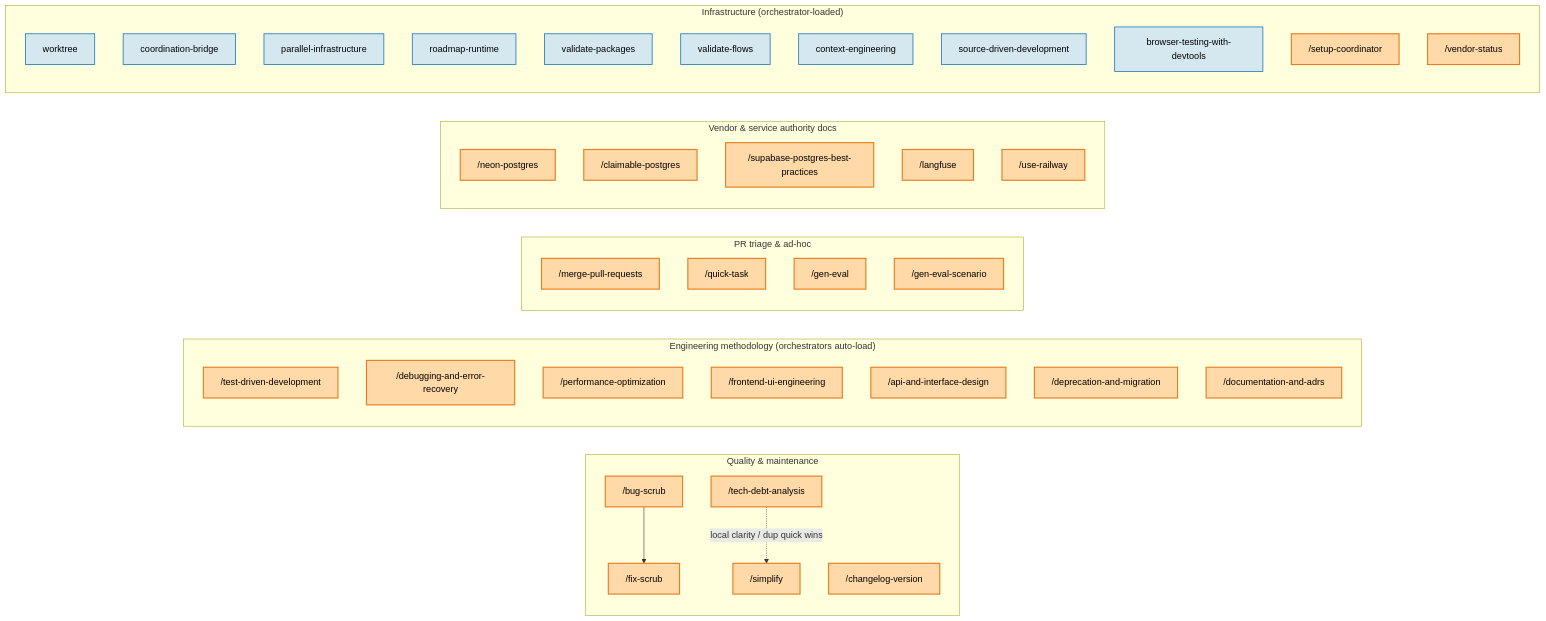
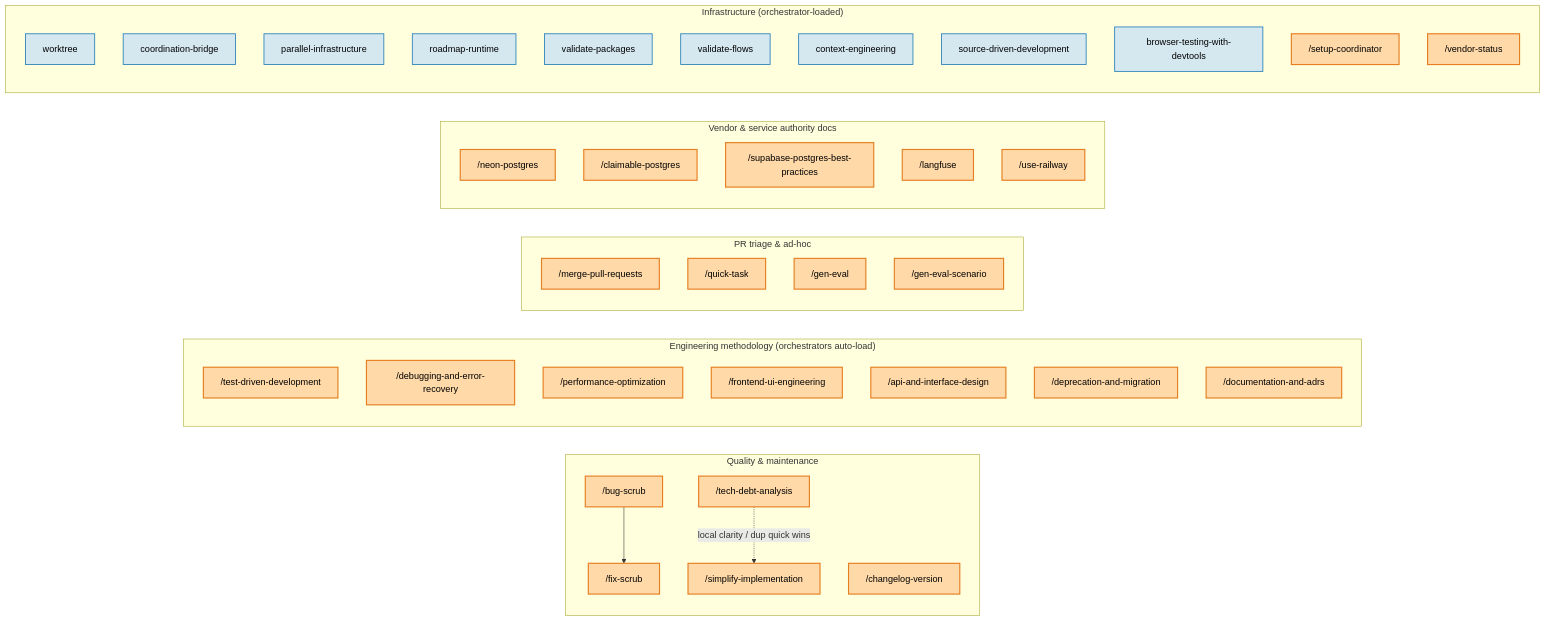
One commit to jankneumann/agentic-coding-tools changed the third of 3 diagrams in docs/skill-flow/README.md. Above: the diagram before and after it, drawn with Mermaid. The commit also changed other lines of this file and 20 other files, not shown here.

````diff
--- a/docs/skill-flow/README.md
+++ b/docs/skill-flow/README.md
@@ -179,52 +179,52 @@
 ```mermaid
 flowchart LR
     classDef skill fill:#ffd9a8,stroke:#e67e22,stroke-width:2px,color:#000
     classDef infra fill:#d5e8f0,stroke:#2980b9,stroke-width:1.5px,color:#000
 
     subgraph QM["Quality & maintenance"]
         bug["/bug-scrub"]:::skill --> fix["/fix-scrub"]:::skill
-        simplify["/simplify"]:::skill
+        simplify["/simplify-implementation"]:::skill
         techdebt["/tech-debt-analysis"]:::skill
         changelog["/changelog-version"]:::skill
         techdebt -.->|local clarity / dup quick wins| simplify
     end
 
     subgraph METH["Engineering methodology (orchestrators auto-load)"]
         tdd["/test-driven-development"]:::skill
         dbg["/debugging-and-error-recovery"]:::skill
         perf["/performance-optimization"]:::skill
         feui["/frontend-ui-engineering"]:::skill
         api["/api-and-interface-design"]:::skill
         deprec["/deprecation-and-migration"]:::skill
         adr["/documentation-and-adrs"]:::skill
     end
 
     subgraph PR["PR triage & ad-hoc"]
         mergeprs["/merge-pull-requests"]:::skill
         quick["/quick-task"]:::skill
         gen["/gen-eval"]:::skill
         genSc["/gen-eval-scenario"]:::skill
     end
 
     subgraph VEND["Vendor & service authority docs"]
         neon["/neon-postgres"]:::skill
         claim["/claimable-postgres"]:::skill
         supa["/supabase-postgres-best-practices"]:::skill
         lang["/langfuse"]:::skill
         rail["/use-railway"]:::skill
     end
 
     subgraph INFRA["Infrastructure (orchestrator-loaded)"]
         worktree["worktree"]:::infra
         bridge["coordination-bridge"]:::infra
         parinf["parallel-infrastructure"]:::infra
         rdrun["roadmap-runtime"]:::infra
         valpkg["validate-packages"]:::infra
         valflows["validate-flows"]:::infra
         ctxeng["context-engineering"]:::infra
         srcdd["source-driven-development"]:::infra
         browser["browser-testing-with-devtools"]:::infra
         setupc["/setup-coordinator"]:::skill
         vstatus["/vendor-status"]:::skill
     end
 ```
````
